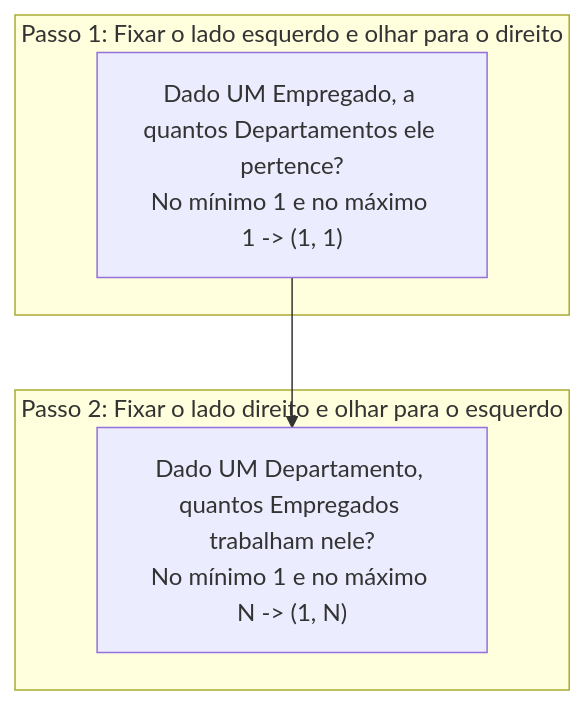
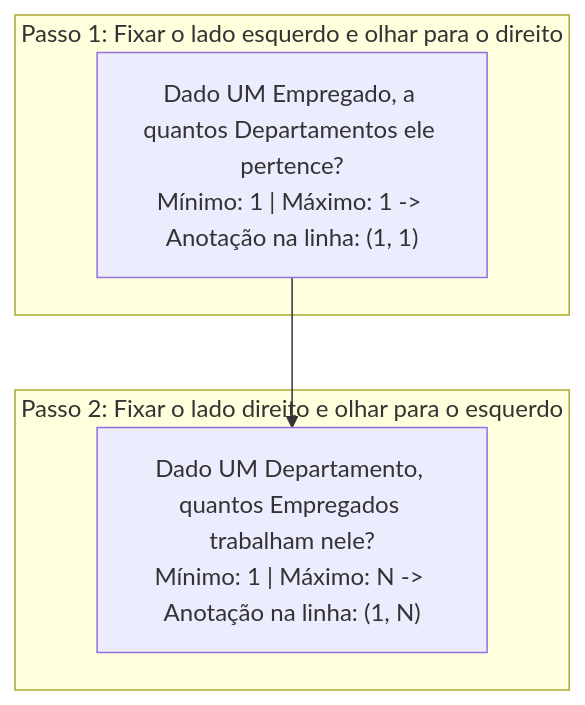
One commit to leorruas/puc changed the third of 7 diagrams in 02. Modelagem de Dados/06. Modelagem de relacionamentos, cardinalidade e restrições de participação.md. Above: the diagram before and after it, drawn with Mermaid. The commit also changed other lines of this file, not shown here.

````diff
--- a/02. Modelagem de Dados/06. Modelagem de relacionamentos, cardinalidade e restrições de participação.md
+++ b/02. Modelagem de Dados/06. Modelagem de relacionamentos, cardinalidade e restrições de participação.md
@@ -96,12 +98,12 @@
 ```mermaid
 flowchart TD
     subgraph SubgraphPasso1["Passo 1: Fixar o lado esquerdo e olhar para o direito"]
-        P1["Dado UM Empregado, a quantos Departamentos ele pertence?<br>No mínimo 1 e no máximo 1 -> (1, 1)"]
+        P1["Dado UM Empregado, a quantos Departamentos ele pertence?<br>Mínimo: 1 | Máximo: 1 -> Anotação na linha: (1, 1)"]
     end
 
     subgraph SubgraphPasso2["Passo 2: Fixar o lado direito e olhar para o esquerdo"]
-        P2["Dado UM Departamento, quantos Empregados trabalham nele?<br>No mínimo 1 e no máximo N -> (1, N)"]
+        P2["Dado UM Departamento, quantos Empregados trabalham nele?<br>Mínimo: 1 | Máximo: N -> Anotação na linha: (1, N)"]
     end
 
     P1 --> P2
 ```
````
